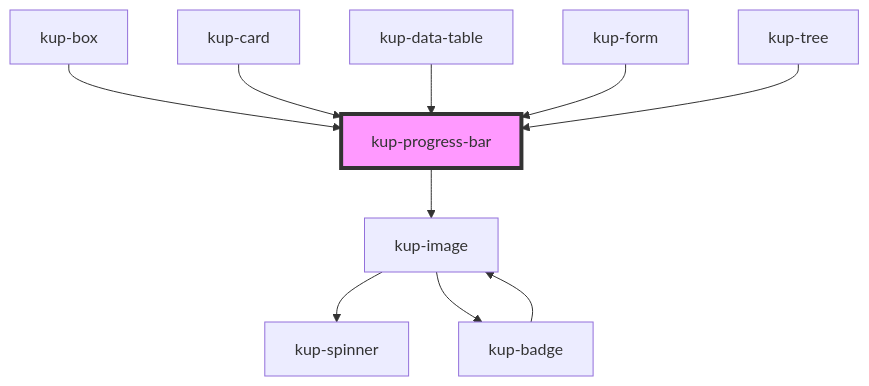
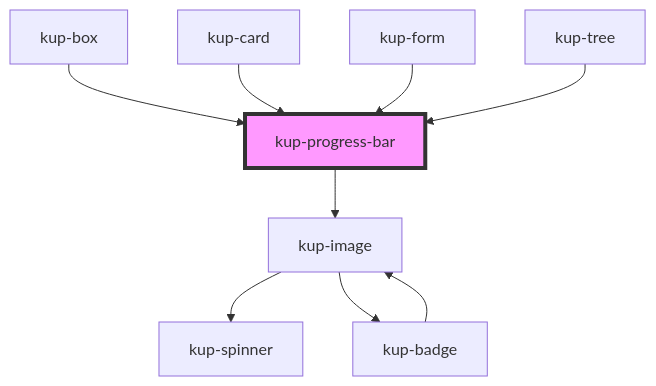
Before and after one commit to smeup/ketchup: the diagram in packages/ketchup/src/components/kup-progress-bar/readme.md, drawn with Mermaid. The commit also changed other lines of this file and 9 other files, not shown here.

````diff
--- a/packages/ketchup/src/components/kup-progress-bar/readme.md
+++ b/packages/ketchup/src/components/kup-progress-bar/readme.md
@@ -51,13 +50,12 @@
 ```mermaid
 graph TD;
   kup-progress-bar --> kup-image
   kup-image --> kup-spinner
   kup-image --> kup-badge
   kup-badge --> kup-image
   kup-box --> kup-progress-bar
   kup-card --> kup-progress-bar
-  kup-data-table --> kup-progress-bar
   kup-form --> kup-progress-bar
   kup-tree --> kup-progress-bar
   style kup-progress-bar fill:#f9f,stroke:#333,stroke-width:4px
 ```
````
